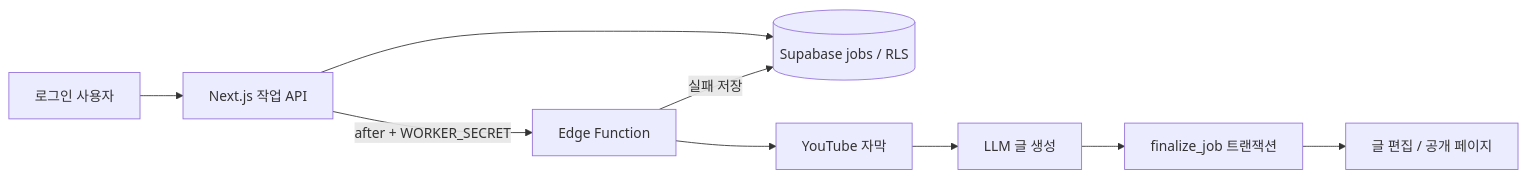
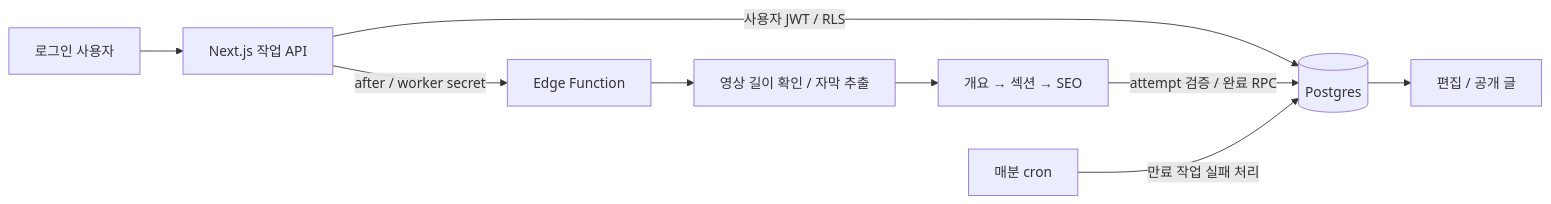
The first of 2 diagrams in README.md (LibrumLego/tubetopost), drawn with Mermaid before and after one commit. The commit also changed other lines of this file and 6 other files, not shown here.

````diff
--- a/README.md
+++ b/README.md
@@ -11,11 +25,11 @@
 ```mermaid
 flowchart LR
-  U[로그인 사용자] --> A[Next.js 작업 API]
-  A --> D[(Supabase jobs / RLS)]
-  A -->|after + WORKER_SECRET| W[Edge Function]
-  W --> Y[YouTube 자막]
-  Y --> L[LLM 글 생성]
-  L --> F[finalize_job 트랜잭션]
-  F --> P[글 편집 / 공개 페이지]
-  W -->|실패 저장| D
+  U[로그인 사용자] --> N[Next.js 작업 API]
+  N -->|사용자 JWT / RLS| D[(Postgres)]
+  N -->|after / worker secret| W[Edge Function]
+  W --> S[영상 길이 확인 / 자막 추출]
+  S --> L[개요 → 섹션 → SEO]
+  L -->|attempt 검증 / 완료 RPC| D
+  D --> E[편집 / 공개 글]
+  C[매분 cron] -->|만료 작업 실패 처리| D
 ```
````
